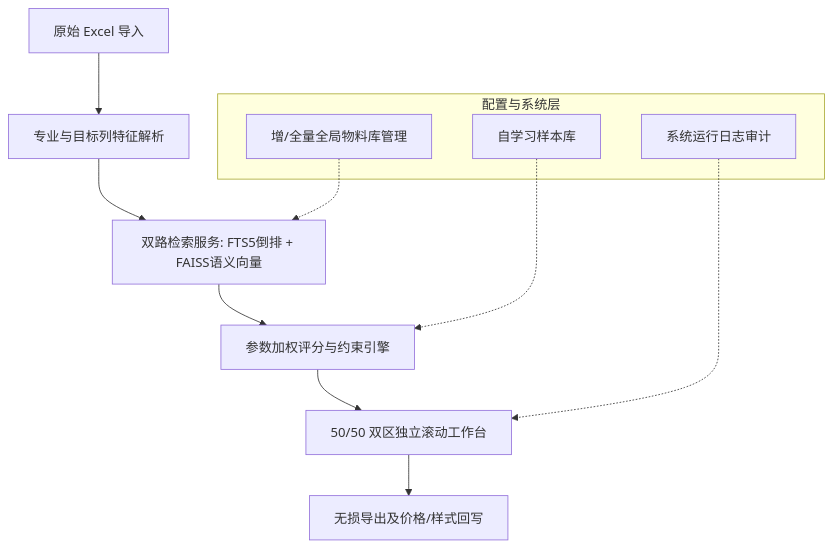
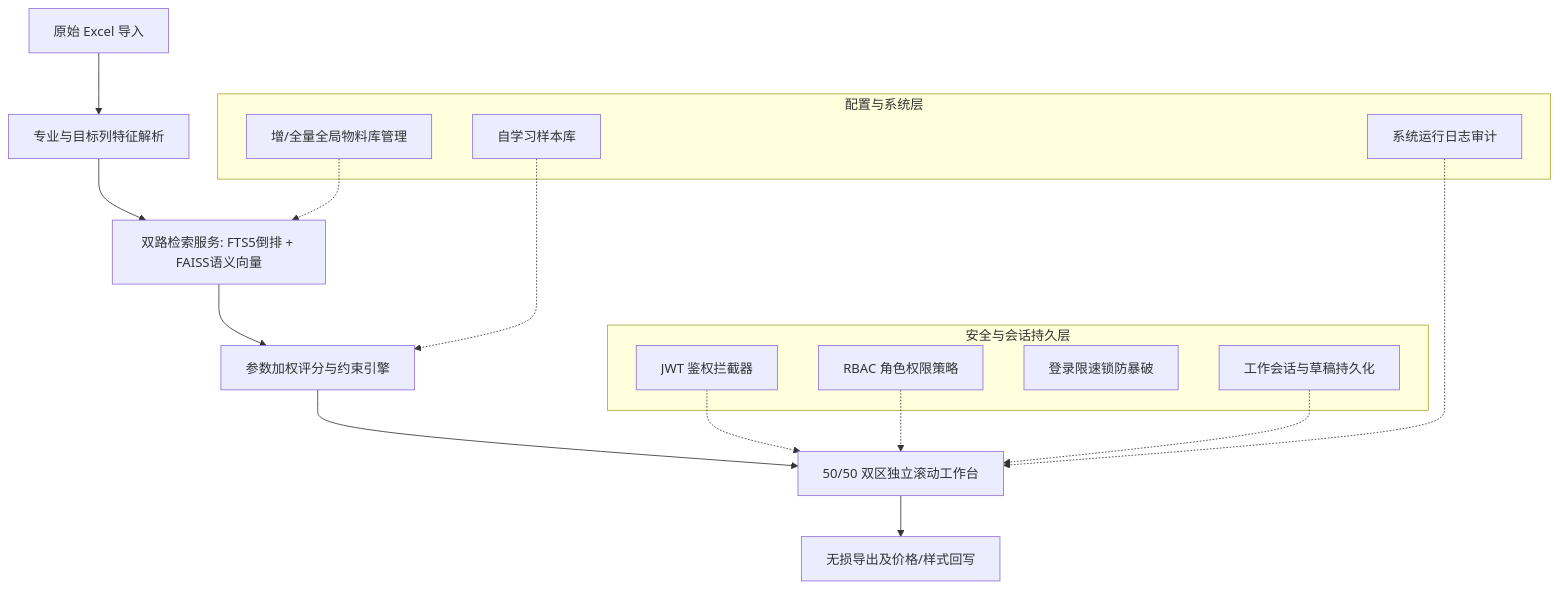
Before and after one commit to BG6WEZ/ListTrans: the diagram in ListTrans/doc/technical_solution.md, drawn with Mermaid. The commit also changed other lines of this file and 21 other files, not shown here.

Commit message:
release V0.0.4: Integrate JWT auth, RBAC user role permissions, work sessions/draft saving, security lockouts, candidate toggle unbind, and cleanup docs

````diff
--- a/ListTrans/doc/technical_solution.md
+++ b/ListTrans/doc/technical_solution.md
@@ -23,18 +33,28 @@
 ```mermaid
 graph TD
     A[原始 Excel 导入] --> B[专业与目标列特征解析]
     B --> C[双路检索服务: FTS5倒排 + FAISS语义向量]
     C --> D[参数加权评分与约束引擎]
     D --> E[50/50 双区独立滚动工作台]
     E --> F[无损导出及价格/样式回写]
     
+    subgraph 安全与会话持久层 [安全与会话持久层]
+        K[JWT 鉴权拦截器]
+        L[RBAC 角色权限策略]
+        M[登录限速锁防暴破]
+        N[工作会话与草稿持久化]
+    end
+    
     subgraph 配置与系统层
         G[自学习样本库]
         H[增/全量全局物料库管理]
         I[系统运行日志审计]
     end
     
+    K -.-> E
+    L -.-> E
+    N -.-> E
     G -.-> D
     H -.-> C
     I -.-> E
 ```
````
